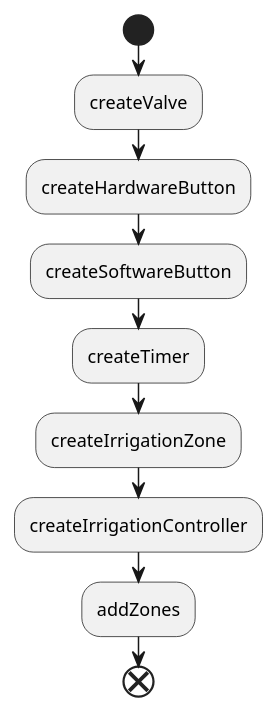
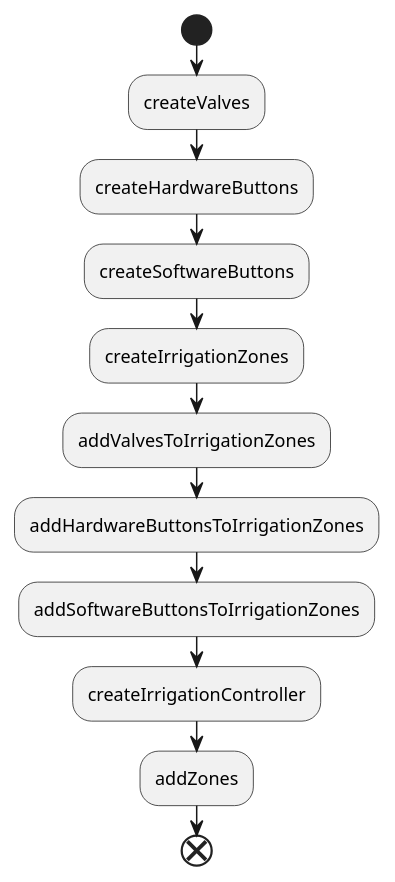
Before and after one commit to paulpf/GardenIrrigationControl: the first of 4 diagrams in ActivityDiagramm.md, drawn with PlantUML. The commit also changed 11 other files, not shown here.

Commit message:
Refactor irrigation management system: remove ChannelController, update IrrigationZone and HardwareButton interfaces, and streamline PublishManager functionality

````diff
--- a/ActivityDiagramm.md
+++ b/ActivityDiagramm.md
@@ -9,11 +9,13 @@
 ```plantuml
 start
-:createValve;
-:createHardwareButton;
-:createSoftwareButton;
-:createTimer;
-:createIrrigationZone;
+:createValves;
+:createHardwareButtons;
+:createSoftwareButtons;
+:createIrrigationZones;
+:addValvesToIrrigationZones;
+:addHardwareButtonsToIrrigationZones;
+:addSoftwareButtonsToIrrigationZones;
 :createIrrigationController;
 :addZones;
 end
 ```
````
